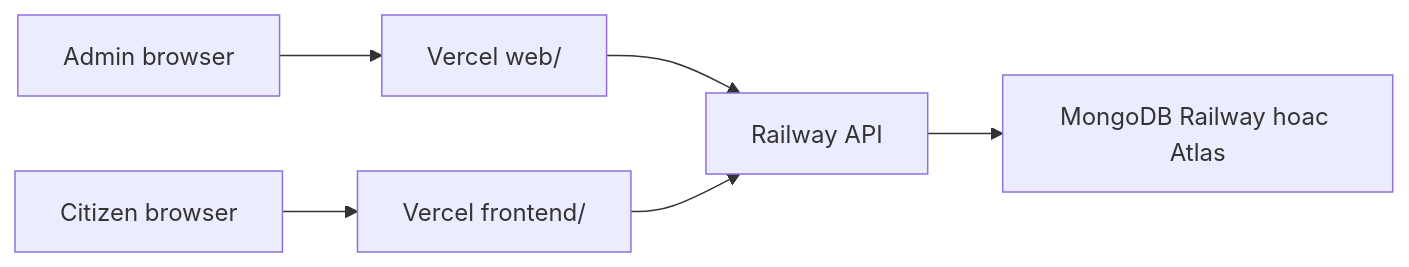
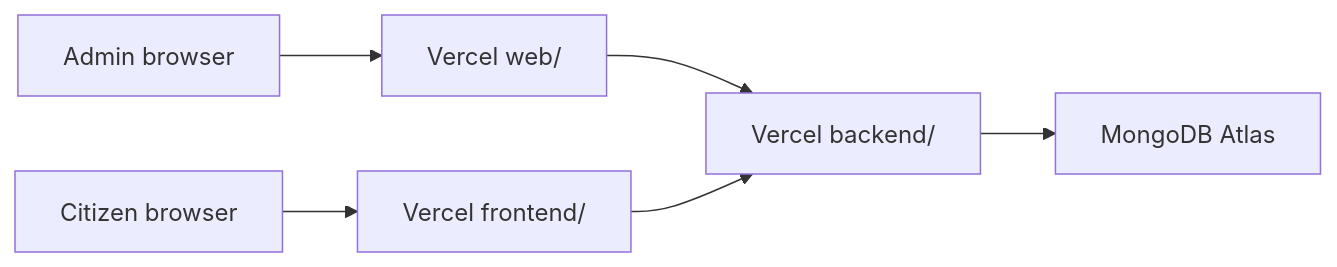
One commit to duy8208427/Mobile_app_for_planning changed the diagram in HUONG-DAN-WEB.md. Above: the diagram before and after it, drawn with Mermaid. The commit also changed other lines of this file and 76 other files, not shown here.

````diff
--- a/HUONG-DAN-WEB.md
+++ b/HUONG-DAN-WEB.md
@@ -95,15 +89,15 @@
 ```mermaid
 flowchart LR
   UserAdmin["Admin browser"]
   UserCitizen["Citizen browser"]
   VercelWeb["Vercel web/"]
   VercelFrontend["Vercel frontend/"]
-  Railway["Railway API"]
-  MongoCloud["MongoDB Railway hoac Atlas"]
+  VercelApi["Vercel backend/"]
+  MongoAtlas["MongoDB Atlas"]
 
   UserAdmin --> VercelWeb
   UserCitizen --> VercelFrontend
-  VercelWeb --> Railway
-  VercelFrontend --> Railway
-  Railway --> MongoCloud
+  VercelWeb --> VercelApi
+  VercelFrontend --> VercelApi
+  VercelApi --> MongoAtlas
 ```
````
